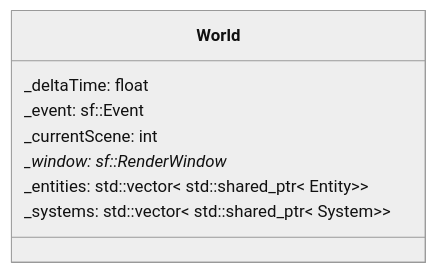
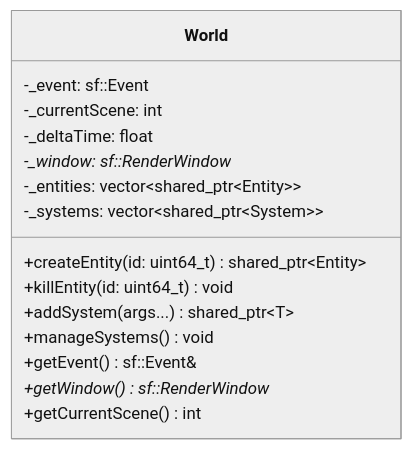
The diagram in docs/ECS/World.md (MYAMBO/R-Type), drawn with Mermaid (neutral theme) before and after one commit. The commit also changed other lines of this file and 6 other files, not shown here.

````diff
--- a/docs/ECS/World.md
+++ b/docs/ECS/World.md
@@ -23,11 +51,18 @@
 ```mermaid
 classDiagram
   class World {
-    _deltaTime: float
-    _event: sf::Event
-    _currentScene: int
-    _window: sf::RenderWindow *
-    _entities: std::vector< std::shared_ptr< Entity>>
-    _systems: std::vector< std::shared_ptr< System>>
+    -_event: sf::Event
+    -_currentScene: int
+    -_deltaTime: float
+    -_window: sf::RenderWindow*
+    -_entities: vector~shared_ptr~Entity~~
+    -_systems: vector~shared_ptr~System~~
+    +createEntity(id: uint64_t) shared_ptr~Entity~
+    +killEntity(id: uint64_t) void
+    +addSystem(args...) shared_ptr~T~
+    +manageSystems() void
+    +getEvent() sf::Event&
+    +getWindow() sf::RenderWindow*
+    +getCurrentScene() int
   }
 ```
````
